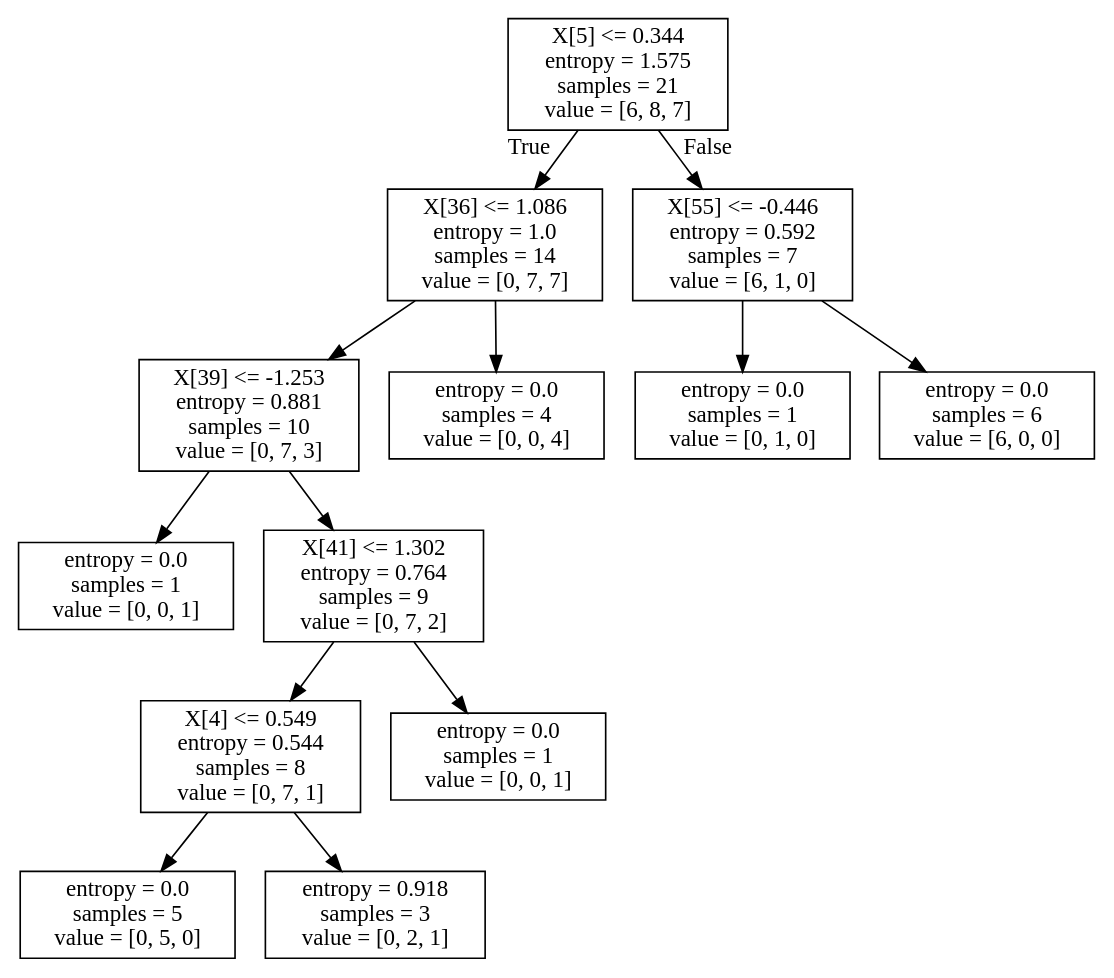
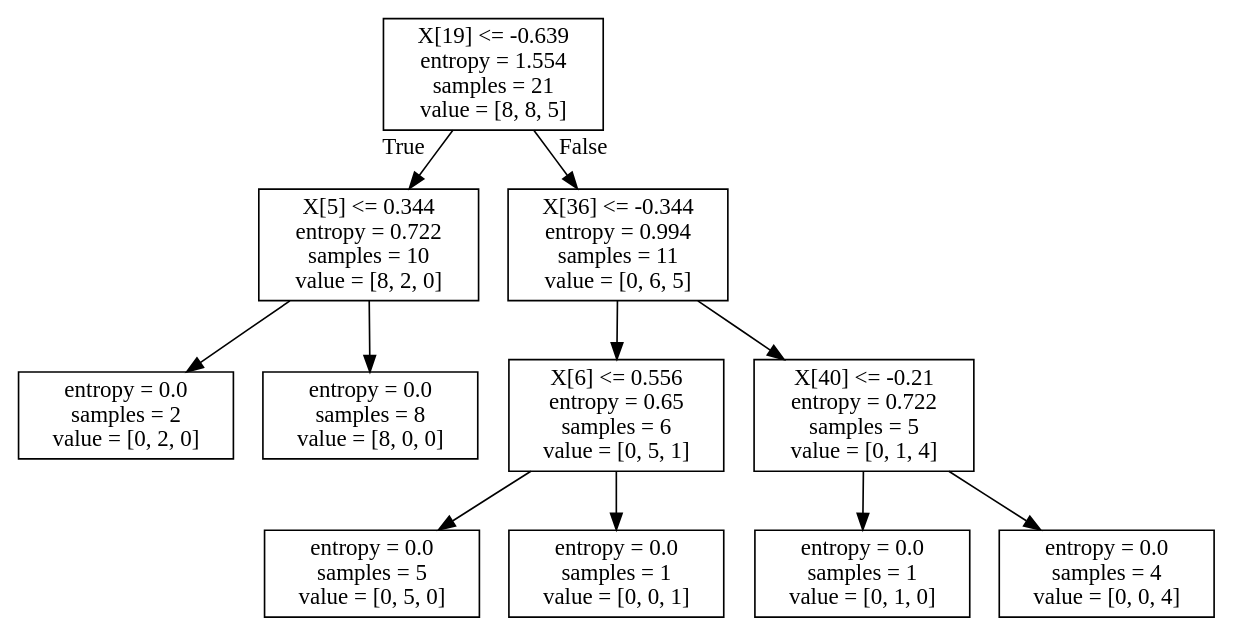
The diagram in SupervisedLearning/tree.dot (SujeethJinesh/CS4641), drawn with Graphviz before and after one commit. The commit also changed 8 other files, not shown here.

```diff
--- a/SupervisedLearning/tree.dot
+++ b/SupervisedLearning/tree.dot
@@ -1,28 +1,24 @@
 digraph Tree {
 node [shape=box] ;
-0 [label="X[5] <= 0.344\nentropy = 1.575\nsamples = 21\nvalue = [6, 8, 7]"] ;
-1 [label="X[36] <= 1.086\nentropy = 1.0\nsamples = 14\nvalue = [0, 7, 7]"] ;
+0 [label="X[19] <= -0.639\nentropy = 1.554\nsamples = 21\nvalue = [8, 8, 5]"] ;
+1 [label="X[5] <= 0.344\nentropy = 0.722\nsamples = 10\nvalue = [8, 2, 0]"] ;
 0 -> 1 [labeldistance=2.5, labelangle=45, headlabel="True"] ;
-2 [label="X[39] <= -1.253\nentropy = 0.881\nsamples = 10\nvalue = [0, 7, 3]"] ;
+2 [label="entropy = 0.0\nsamples = 2\nvalue = [0, 2, 0]"] ;
 1 -> 2 ;
-3 [label="entropy = 0.0\nsamples = 1\nvalue = [0, 0, 1]"] ;
-2 -> 3 ;
-4 [label="X[41] <= 1.302\nentropy = 0.764\nsamples = 9\nvalue = [0, 7, 2]"] ;
-2 -> 4 ;
-5 [label="X[4] <= 0.549\nentropy = 0.544\nsamples = 8\nvalue = [0, 7, 1]"] ;
+3 [label="entropy = 0.0\nsamples = 8\nvalue = [8, 0, 0]"] ;
+1 -> 3 ;
+4 [label="X[36] <= -0.344\nentropy = 0.994\nsamples = 11\nvalue = [0, 6, 5]"] ;
+0 -> 4 [labeldistance=2.5, labelangle=-45, headlabel="False"] ;
+5 [label="X[6] <= 0.556\nentropy = 0.65\nsamples = 6\nvalue = [0, 5, 1]"] ;
 4 -> 5 ;
 6 [label="entropy = 0.0\nsamples = 5\nvalue = [0, 5, 0]"] ;
 5 -> 6 ;
-7 [label="entropy = 0.918\nsamples = 3\nvalue = [0, 2, 1]"] ;
+7 [label="entropy = 0.0\nsamples = 1\nvalue = [0, 0, 1]"] ;
 5 -> 7 ;
-8 [label="entropy = 0.0\nsamples = 1\nvalue = [0, 0, 1]"] ;
+8 [label="X[40] <= -0.21\nentropy = 0.722\nsamples = 5\nvalue = [0, 1, 4]"] ;
 4 -> 8 ;
-9 [label="entropy = 0.0\nsamples = 4\nvalue = [0, 0, 4]"] ;
-1 -> 9 ;
-10 [label="X[55] <= -0.446\nentropy = 0.592\nsamples = 7\nvalue = [6, 1, 0]"] ;
-0 -> 10 [labeldistance=2.5, labelangle=-45, headlabel="False"] ;
-11 [label="entropy = 0.0\nsamples = 1\nvalue = [0, 1, 0]"] ;
-10 -> 11 ;
-12 [label="entropy = 0.0\nsamples = 6\nvalue = [6, 0, 0]"] ;
-10 -> 12 ;
+9 [label="entropy = 0.0\nsamples = 1\nvalue = [0, 1, 0]"] ;
+8 -> 9 ;
+10 [label="entropy = 0.0\nsamples = 4\nvalue = [0, 0, 4]"] ;
+8 -> 10 ;
 }
```
